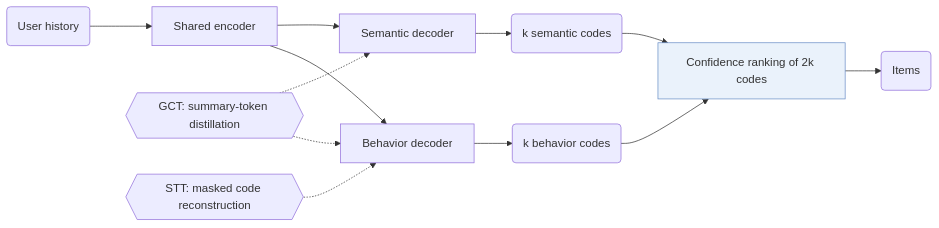
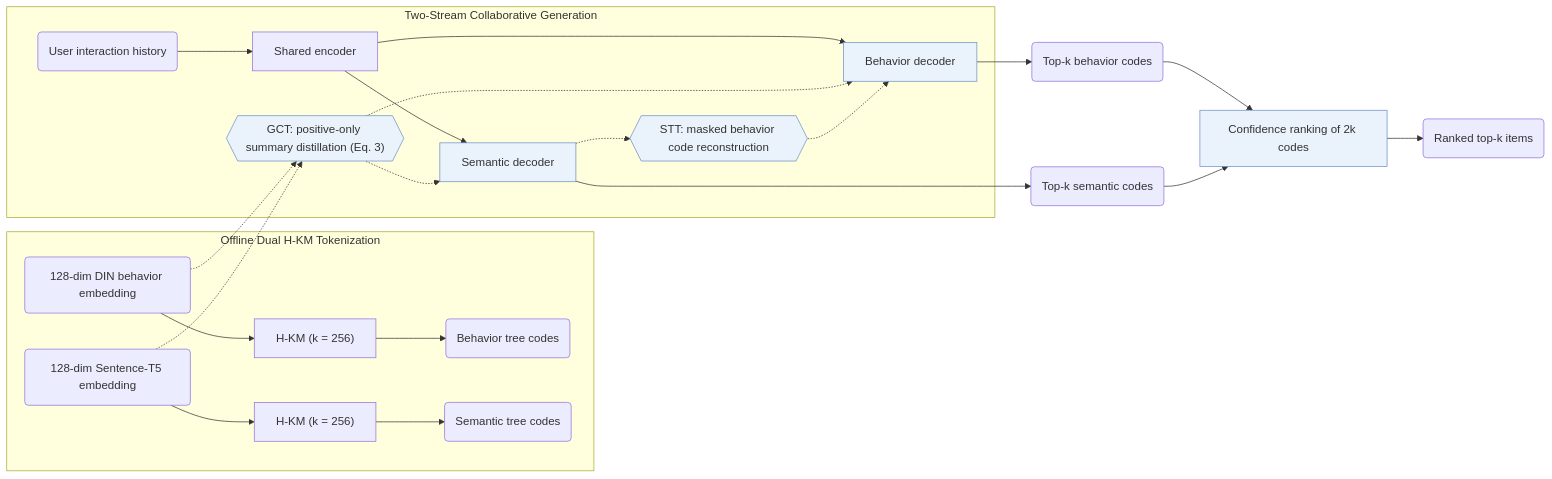
One commit to Galaxy-ghost/Awesome-SID-Generative-Rec changed the diagram in notes/eager.md. Above: the diagram before and after it, drawn with Mermaid. The commit also changed other lines of this file and 649 other files, not shown here.

Commit message:
writer-05: also tags and modality index (schema, check, build, visuals); summary field removed; calibration data for 12 papers

````diff
--- a/notes/eager.md
+++ b/notes/eager.md
@@ -14,15 +14,26 @@
 ```mermaid
 flowchart LR
-    A("User history") --> B["Shared encoder"]
-    B --> C["Behavior decoder"]
-    B --> D["Semantic decoder"]
-    C --> E("k behavior codes")
-    D --> F("k semantic codes")
+    subgraph DualTok["Offline Dual H-KM Tokenization"]
+        DIN("128-dim DIN behavior embedding") --> HKM1["H-KM (k = 256)"]
+        ST5("128-dim Sentence-T5 embedding") --> HKM2["H-KM (k = 256)"]
+        HKM1 --> BCode("Behavior tree codes")
+        HKM2 --> SCode("Semantic tree codes")
+    end
+    subgraph TwoStream["Two-Stream Collaborative Generation"]
+        A("User interaction history") --> B["Shared encoder"]
+        B --> C["Behavior decoder"]:::key
+        B --> D["Semantic decoder"]:::key
+        L1{{"GCT: positive-only summary distillation (Eq. 3)"}}:::key -.-> C
+        L1 -.-> D
+        DIN -.-> L1
+        ST5 -.-> L1
+        L2{{"STT: masked behavior code reconstruction"}}:::key -.-> C
+        D -.-> L2
+    end
+    C --> E("Top-k behavior codes")
+    D --> F("Top-k semantic codes")
     E --> G["Confidence ranking of 2k codes"]:::key
     F --> G
-    G --> H("Items")
-    L1{{"GCT: summary-token distillation"}} -.-> C
-    L1 -.-> D
-    L2{{"STT: masked code reconstruction"}} -.-> C
+    G --> H("Ranked top-k items")
     classDef key fill:#eaf2fb,stroke:#6b8fc7
 ```
````
